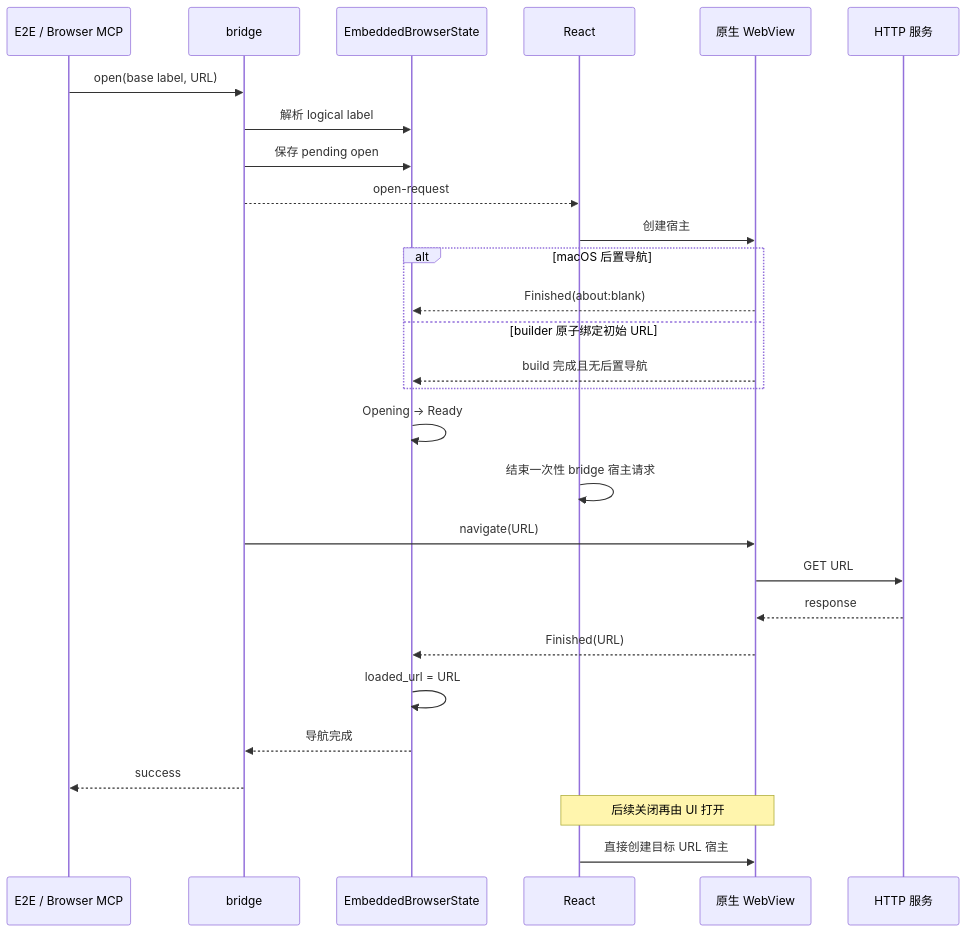
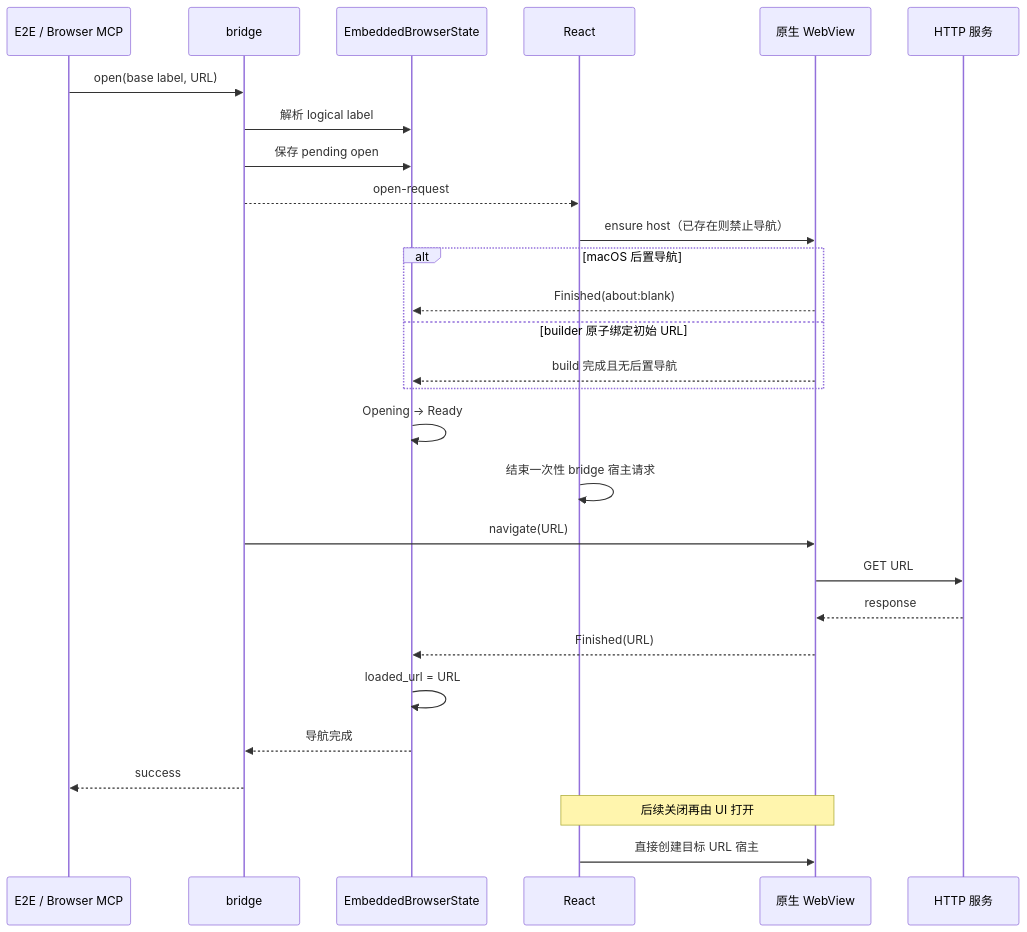
One commit to wecode-ai/Wegent changed the second of 2 diagrams in docs/zh/architecture/embedded-browser.md. Above: the diagram before and after it, drawn with Mermaid. The commit also changed other lines of this file and 5 other files, not shown here.

````diff
--- a/docs/zh/architecture/embedded-browser.md
+++ b/docs/zh/architecture/embedded-browser.md
@@ -31,32 +31,32 @@
 ```mermaid
 sequenceDiagram
     participant C as E2E / Browser MCP
     participant B as bridge
     participant S as EmbeddedBrowserState
     participant R as React
     participant W as 原生 WebView
     participant H as HTTP 服务
 
     C->>B: open(base label, URL)
     B->>S: 解析 logical label
     B->>S: 保存 pending open
     B-->>R: open-request
-    R->>W: 创建宿主
+    R->>W: ensure host（已存在则禁止导航）
     alt macOS 后置导航
         W-->>S: Finished(about:blank)
     else builder 原子绑定初始 URL
         W-->>S: build 完成且无后置导航
     end
     S->>S: Opening -> Ready
     R->>R: 结束一次性 bridge 宿主请求
     B->>W: navigate(URL)
     W->>H: GET URL
     H-->>W: response
     W-->>S: Finished(URL)
     S->>S: loaded_url = URL
     S-->>B: 导航完成
     B-->>C: success
 
     Note over R,W: 后续关闭再由 UI 打开
     R->>W: 直接创建目标 URL 宿主
 ```
````
